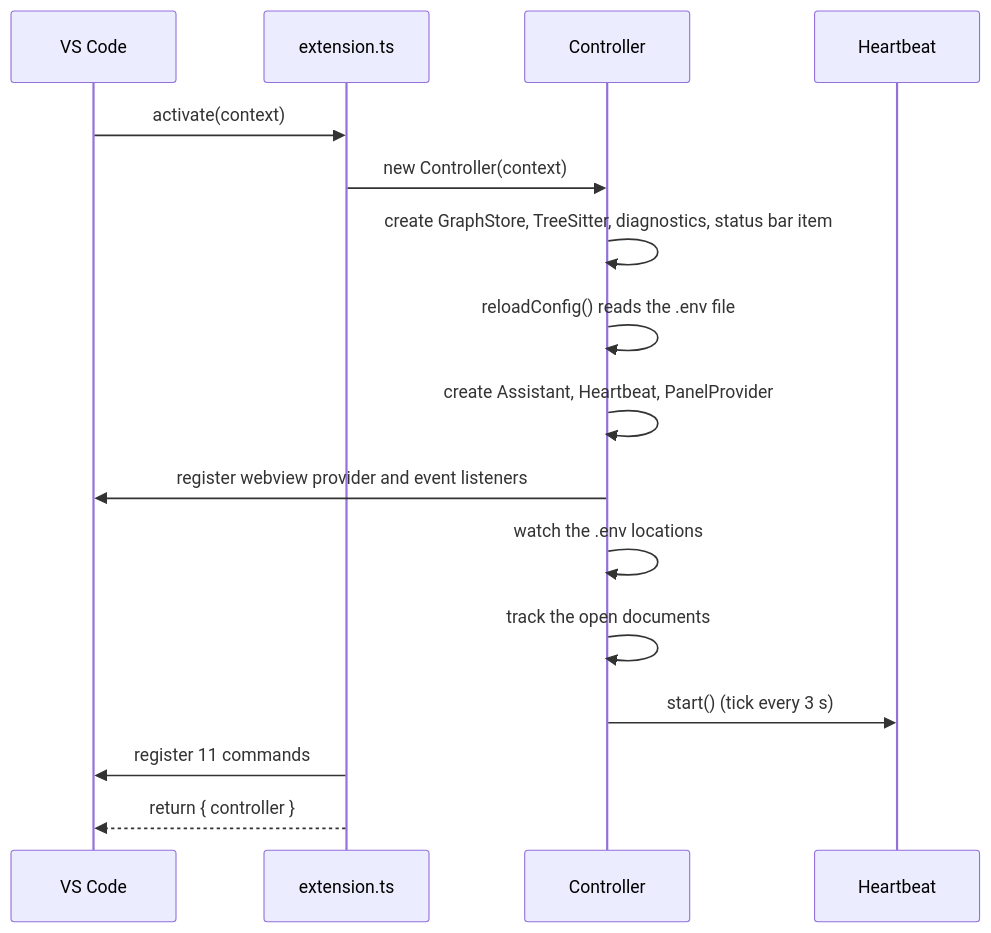
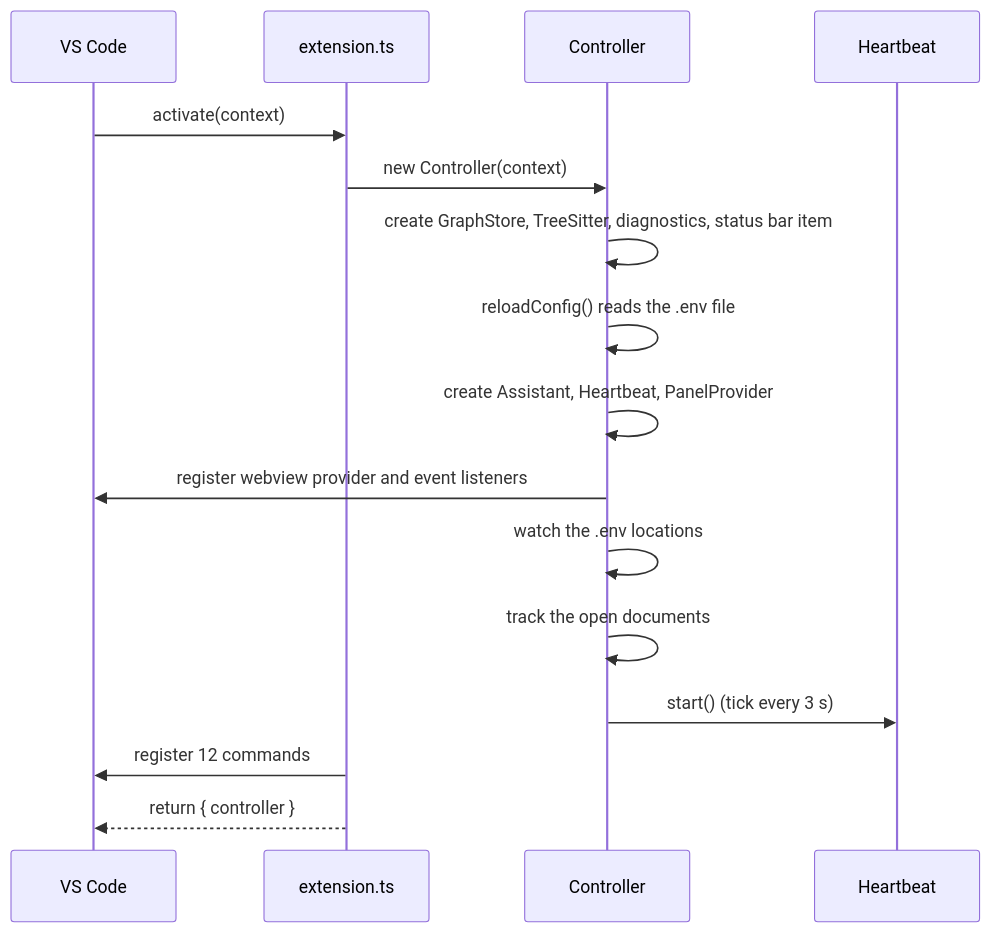
One commit to ErrDivine/Assistive changed the second of 5 diagrams in docs/06-architecture.md. Above: the diagram before and after it, drawn with Mermaid. The commit also changed other lines of this file and 25 other files, not shown here.

````diff
--- a/docs/06-architecture.md
+++ b/docs/06-architecture.md
@@ -94,18 +94,18 @@
 ```mermaid
 sequenceDiagram
     participant VS as VS Code
     participant E as extension.ts
     participant C as Controller
     participant H as Heartbeat
     VS->>E: activate(context)
     E->>C: new Controller(context)
     C->>C: create GraphStore, TreeSitter, diagnostics, status bar item
     C->>C: reloadConfig() reads the .env file
     C->>C: create Assistant, Heartbeat, PanelProvider
     C->>VS: register webview provider and event listeners
     C->>C: watch the .env locations
     C->>C: track the open documents
     C->>H: start() (tick every 3 s)
-    E->>VS: register 11 commands
+    E->>VS: register 12 commands
     E-->>VS: return { controller }
 ```
````
